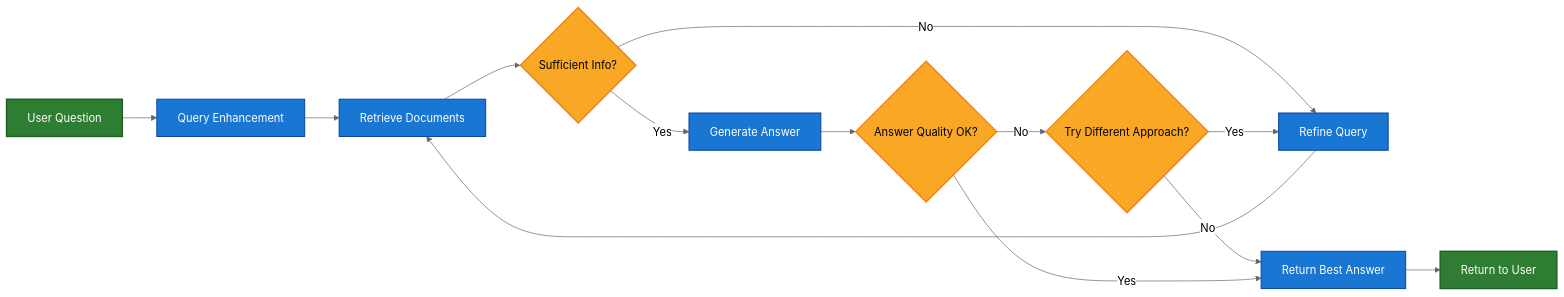
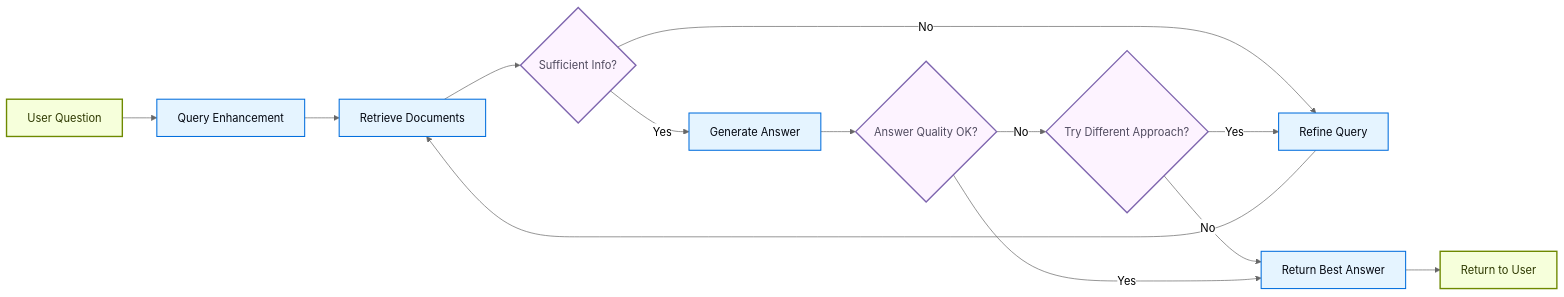
The fourth of 4 diagrams in vault/packages/langchain/latest/contents/langchain/retrieval.mdx (olorehq/olore), drawn with Mermaid (neutral theme) before and after one commit. The commit also changed other lines of this file and 14210 other files, not shown here.

````diff
--- a/vault/packages/langchain/latest/contents/langchain/retrieval.mdx
+++ b/vault/packages/langchain/latest/contents/langchain/retrieval.mdx
@@ -418,23 +428,23 @@
 ```mermaid
 graph LR
     A[User Question] --> B[Query Enhancement]
     B --> C[Retrieve Documents]
     C --> D{Sufficient Info?}
     D -- No --> E[Refine Query]
     E --> C
     D -- Yes --> F[Generate Answer]
     F --> G{Answer Quality OK?}
     G -- No --> H{Try Different Approach?}
     H -- Yes --> E
     H -- No --> I[Return Best Answer]
     G -- Yes --> I
     I --> J[Return to User]
 
-    classDef startend fill:#2e7d32,stroke:#1b5e20,stroke-width:2px,color:#fff
-    classDef decision fill:#f9a825,stroke:#f57f17,stroke-width:2px,color:#000
-    classDef process fill:#1976d2,stroke:#0d47a1,stroke-width:1.5px,color:#fff
+    classDef startend fill:#F6FFDB,stroke:#6E8900,stroke-width:2px,color:#2E3900
+    classDef decision fill:#FDF3FF,stroke:#7E65AE,stroke-width:2px,color:#504B5F
+    classDef process fill:#E5F4FF,stroke:#006DDD,stroke-width:1.5px,color:#030710
 
     class A,J startend
     class B,C,E,F,I process
     class D,G,H decision
 ```
````
